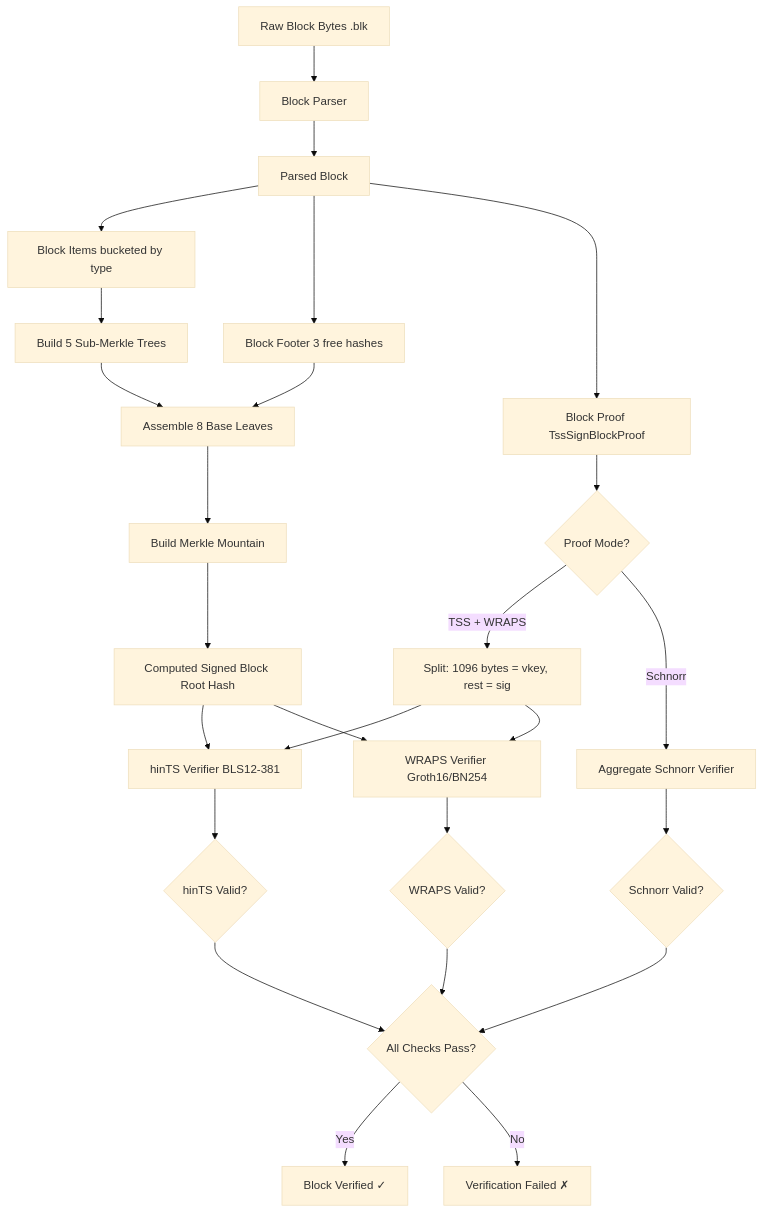
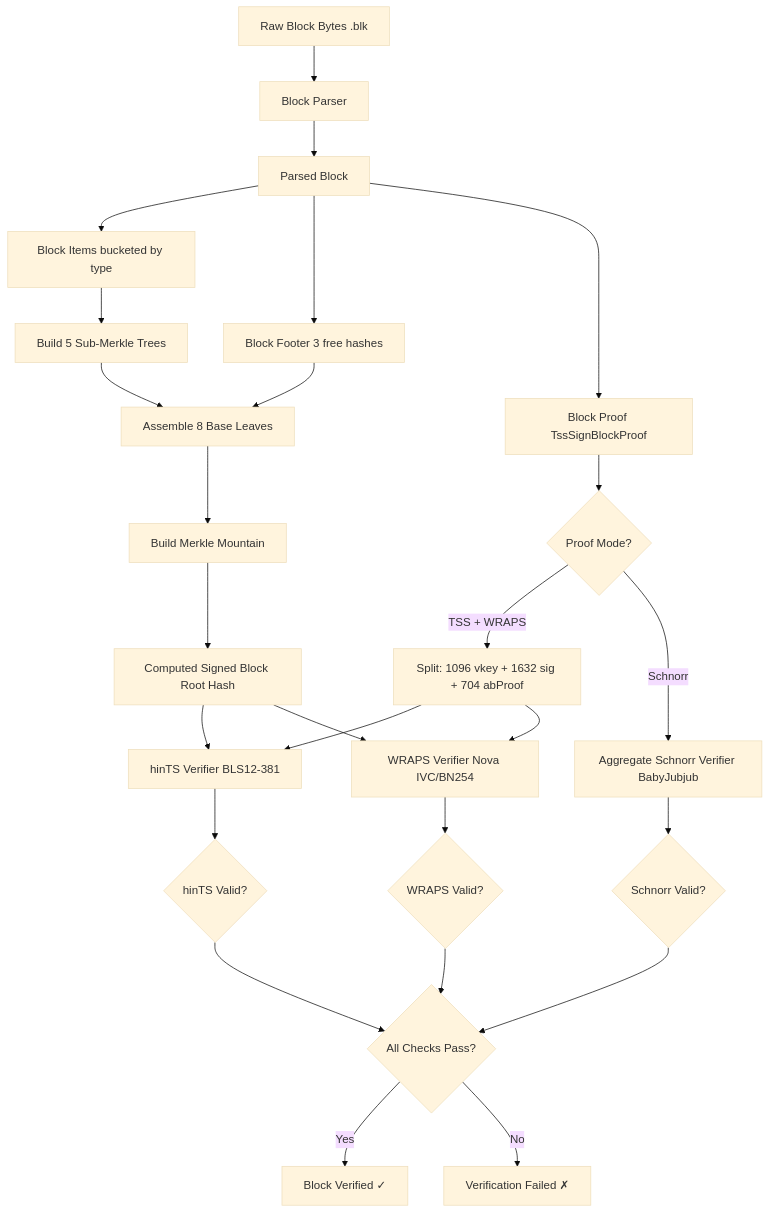
Before and after one commit to hiero-ledger/hiero-block-node: the first of 3 diagrams in docs/design/js-tss-verification-library.md, drawn with Mermaid (base theme). The commit also changed other lines of this file, not shown here.

````diff
--- a/docs/design/js-tss-verification-library.md
+++ b/docs/design/js-tss-verification-library.md
@@ -471,37 +481,37 @@
 ```mermaid
 flowchart TD
     A[Raw Block Bytes .blk] --> B[Block Parser]
     B --> C[Parsed Block]
 
     C --> D[Block Items bucketed by type]
     C --> E[Block Footer 3 free hashes]
     C --> F[Block Proof TssSignBlockProof]
 
     D --> G[Build 5 Sub-Merkle Trees]
     E --> H[Assemble 8 Base Leaves]
     G --> H
 
     H --> I[Build Merkle Mountain]
     I --> J[Computed Signed Block Root Hash]
 
     F --> K{Proof Mode?}
-    K -->|TSS + WRAPS| L[Split: 1096 bytes = vkey, rest = sig]
-    K -->|Schnorr| M[Aggregate Schnorr Verifier]
+    K -->|TSS + WRAPS| L[Split: 1096 vkey + 1632 sig + 704 abProof]
+    K -->|Schnorr| M[Aggregate Schnorr Verifier BabyJubjub]
 
     L --> N[hinTS Verifier BLS12-381]
-    L --> O[WRAPS Verifier Groth16/BN254]
+    L --> O[WRAPS Verifier Nova IVC/BN254]
 
     J --> N
     J --> O
 
     N --> P{hinTS Valid?}
     O --> Q{WRAPS Valid?}
     M --> R{Schnorr Valid?}
 
     P --> S{All Checks Pass?}
     Q --> S
     R --> S
 
     S -->|Yes| T[Block Verified ✓]
     S -->|No| U[Verification Failed ✗]
 ```
````
